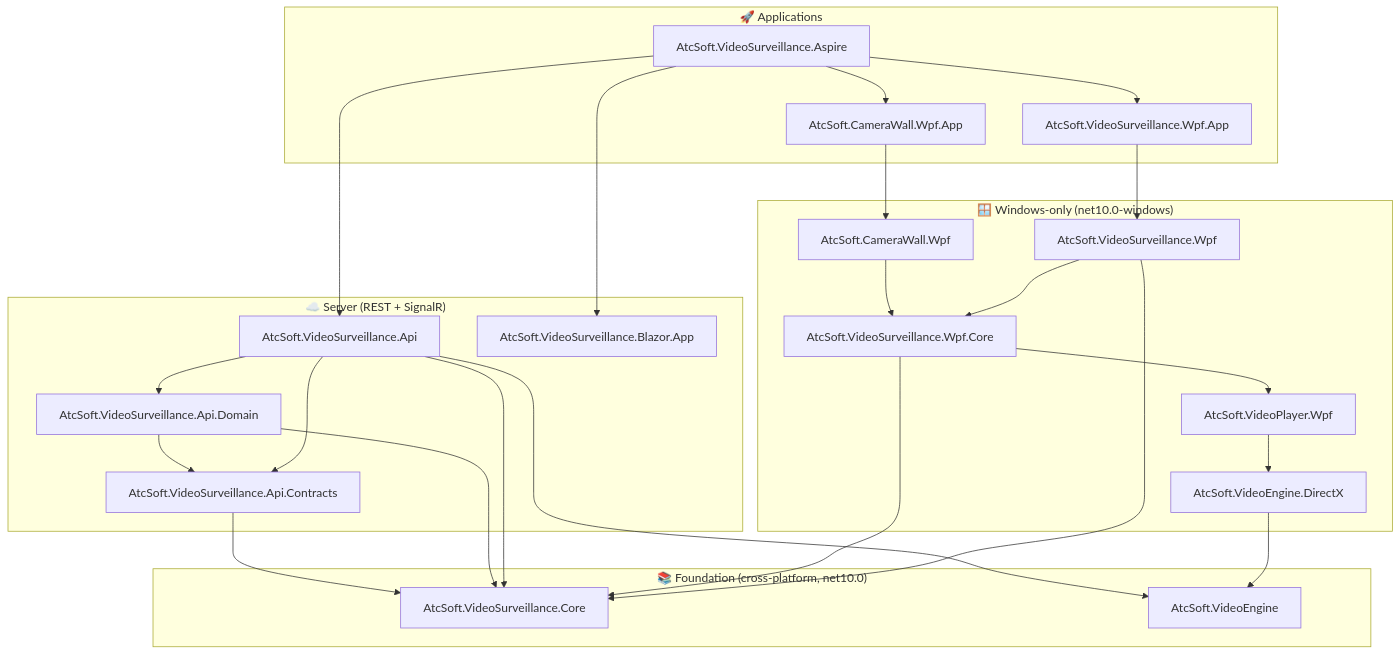
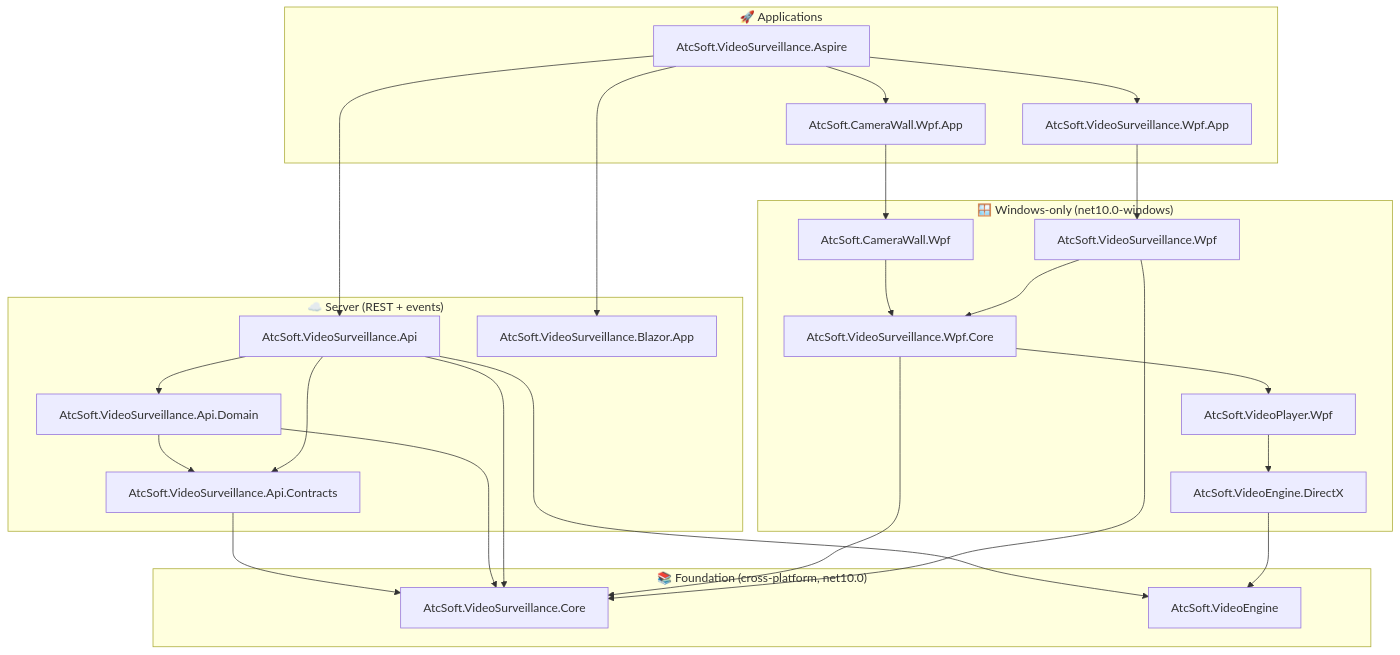
Before and after one commit to davidkallesen/AtcSoft.VideoSurveillance: the diagram in README.md, drawn with Mermaid. The commit also changed other lines of this file and 66 other files, not shown here.

First line of the commit message:
refactor(clients): streams over REST on a lease, and the SignalR hub goes

````diff
--- a/README.md
+++ b/README.md
@@ -158,54 +158,54 @@
 ```mermaid
 flowchart TD
     subgraph Foundation["📚 Foundation (cross-platform, net10.0)"]
         Core[AtcSoft.VideoSurveillance.Core]
         VE[AtcSoft.VideoEngine]
     end
 
-    subgraph Server["☁️ Server (REST + SignalR)"]
+    subgraph Server["☁️ Server (REST + events)"]
         Contracts[AtcSoft.VideoSurveillance.Api.Contracts]
         Domain[AtcSoft.VideoSurveillance.Api.Domain]
         Api[AtcSoft.VideoSurveillance.Api]
         Blazor[AtcSoft.VideoSurveillance.Blazor.App]
     end
 
     subgraph Windows["🪟 Windows-only (net10.0-windows)"]
         VEDx[AtcSoft.VideoEngine.DirectX]
         VPWpf[AtcSoft.VideoPlayer.Wpf]
         WpfCore[AtcSoft.VideoSurveillance.Wpf.Core]
         CamWall[AtcSoft.CameraWall.Wpf]
         VsWpf[AtcSoft.VideoSurveillance.Wpf]
     end
 
     subgraph Apps["🚀 Applications"]
         CamApp[AtcSoft.CameraWall.Wpf.App]
         VsApp[AtcSoft.VideoSurveillance.Wpf.App]
         Aspire[AtcSoft.VideoSurveillance.Aspire]
     end
 
     %% Server stack
     Contracts --> Core
     Domain --> Contracts
     Domain --> Core
     Api --> Contracts
     Api --> Domain
     Api --> Core
     Api --> VE
 
     %% Windows / WPF stack
     VEDx --> VE
     VPWpf --> VEDx
     WpfCore --> Core
     WpfCore --> VPWpf
     CamWall --> WpfCore
     VsWpf --> Core
     VsWpf --> WpfCore
 
     %% App composition
     CamApp --> CamWall
     VsApp --> VsWpf
     Aspire --> Api
     Aspire --> Blazor
     Aspire --> CamApp
     Aspire --> VsApp
 ```
````
